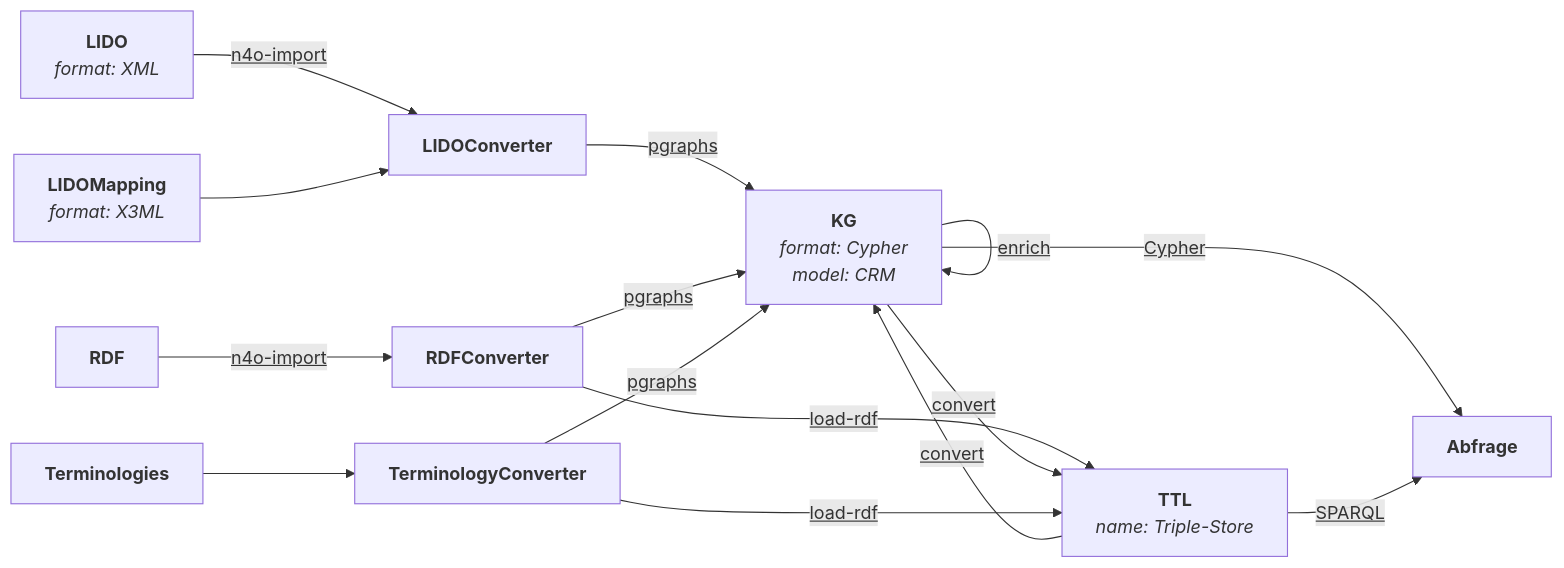
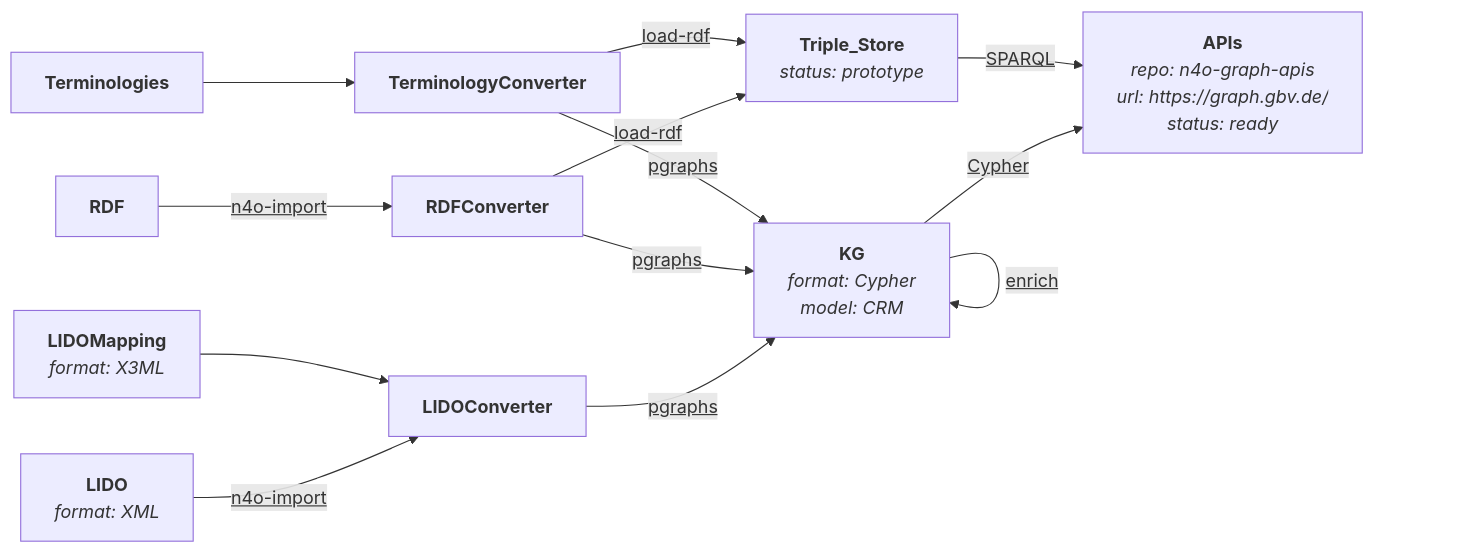
Before and after one commit to nfdi4objects/n4o-graph: the diagram in manual/img/data-flow.mmd, drawn with Mermaid. The commit also changed 4 other files, not shown here.

Commit message:
Update Data flow

```diff
--- a/manual/img/data-flow.mmd
+++ b/manual/img/data-flow.mmd
@@ -1,25 +1,23 @@
 flowchart LR
-    Abfrage["<b>Abfrage</b>"]
+    APIs["<b>APIs</b><br/><i>repo: n4o-graph-apis</i><br/><i>url: https://graph.gbv.de/</i><br/><i>status: ready</i>"]
     KG["<b>KG</b><br/><i>format: Cypher</i><br/><i>model: CRM</i>"]
     LIDO["<b>LIDO</b><br/><i>format: XML</i>"]
     LIDOConverter["<b>LIDOConverter</b>"]
     LIDOMapping["<b>LIDOMapping</b><br/><i>format: X3ML</i>"]
     RDF["<b>RDF</b>"]
     RDFConverter["<b>RDFConverter</b>"]
-    TTL["<b>TTL</b><br/><i>name: Triple-Store</i>"]
     Terminologies["<b>Terminologies</b>"]
     TerminologyConverter["<b>TerminologyConverter</b>"]
+    Triple_Store["<b>Triple_Store</b><br/><i>status: prototype</i>"]
     LIDO -- "<u>n4o-import</u>" --> LIDOConverter
     LIDOConverter -- "<u>pgraphs</u>" --> KG
     RDF -- "<u>n4o-import</u>" --> RDFConverter
-    RDFConverter -- "<u>load-rdf</u>" --> TTL
+    RDFConverter -- "<u>load-rdf</u>" --> Triple_Store
     RDFConverter -- "<u>pgraphs</u>" --> KG
     KG -- "<u>enrich</u>" --> KG
     LIDOMapping --> LIDOConverter
-    KG -- "<u>Cypher</u>" --> Abfrage
-    TTL -- "<u>SPARQL</u>" --> Abfrage
-    TTL -- "<u>convert</u>" --> KG
-    KG -- "<u>convert</u>" --> TTL
+    KG -- "<u>Cypher</u>" --> APIs
+    Triple_Store -- "<u>SPARQL</u>" --> APIs
     Terminologies --> TerminologyConverter
-    TerminologyConverter -- "<u>load-rdf</u>" --> TTL
+    TerminologyConverter -- "<u>load-rdf</u>" --> Triple_Store
     TerminologyConverter -- "<u>pgraphs</u>" --> KG
```
